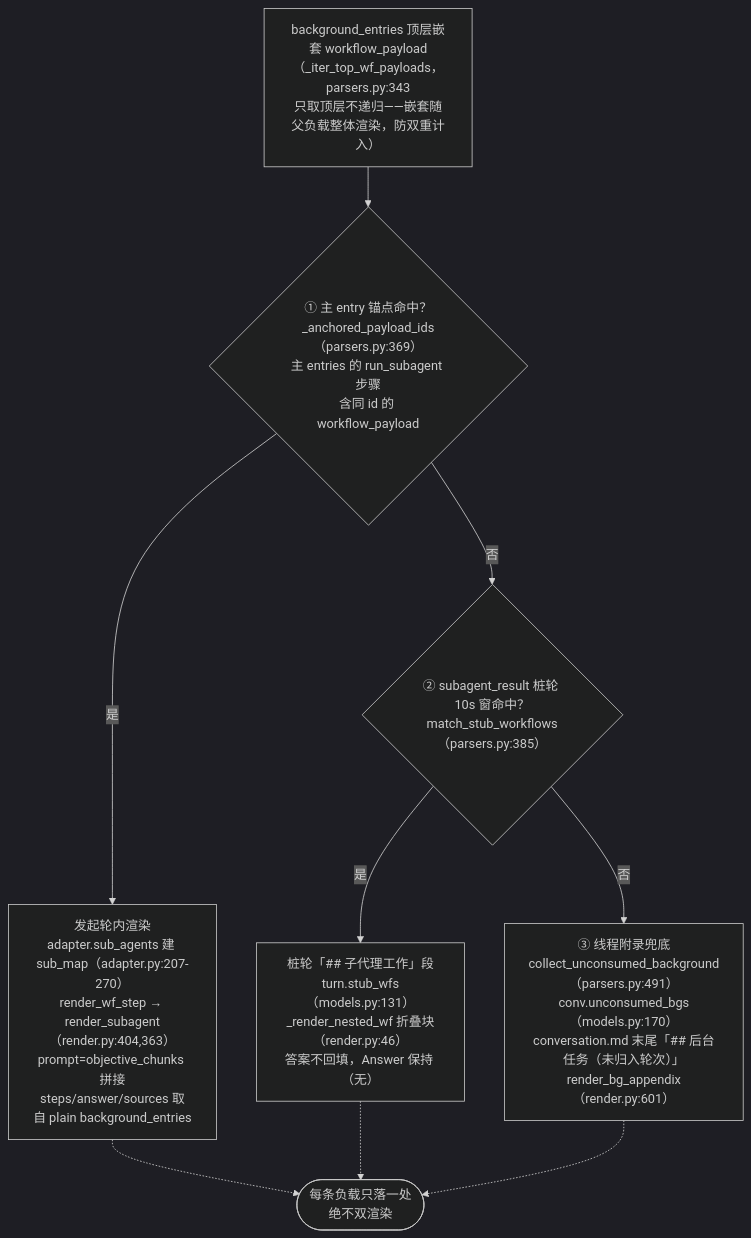
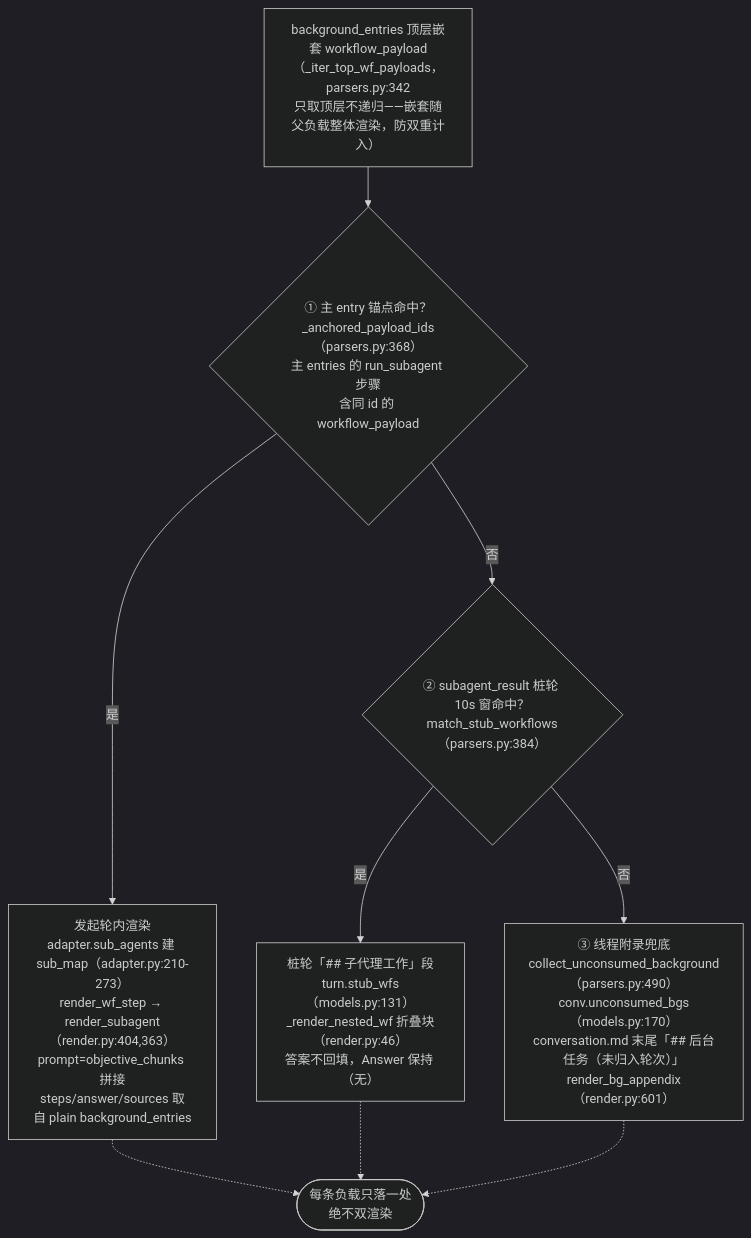
The first of 2 diagrams in docs/architecture/subagents-interruptions.zh-CN.md (Yiksing/pplx-tools), drawn with Mermaid (dark theme) before and after one commit. The commit also changed other lines of this file and 54 other files, not shown here.

````diff
--- a/docs/architecture/subagents-interruptions.zh-CN.md
+++ b/docs/architecture/subagents-interruptions.zh-CN.md
@@ -10,14 +10,14 @@
 ```mermaid
 flowchart TD
-    BG["background_entries 顶层嵌套 workflow_payload<br/>（_iter_top_wf_payloads，parsers.py:343<br/>只取顶层不递归——嵌套随父负载整体渲染，防双重计入）"]
+    BG["background_entries 顶层嵌套 workflow_payload<br/>（_iter_top_wf_payloads，parsers.py:342<br/>只取顶层不递归——嵌套随父负载整体渲染，防双重计入）"]
 
-    BG --> L1{"① 主 entry 锚点命中？<br/>_anchored_payload_ids（parsers.py:369）<br/>主 entries 的 run_subagent 步骤<br/>含同 id 的 workflow_payload"}
-    L1 -->|"是"| R1["发起轮内渲染<br/>adapter.sub_agents 建 sub_map（adapter.py:207-270）<br/>render_wf_step → render_subagent（render.py:404,363）<br/>prompt=objective_chunks 拼接<br/>steps/answer/sources 取自 plain background_entries"]
-    L1 -->|"否"| L2{"② subagent_result 桩轮 10s 窗命中？<br/>match_stub_workflows（parsers.py:385）"}
+    BG --> L1{"① 主 entry 锚点命中？<br/>_anchored_payload_ids（parsers.py:368）<br/>主 entries 的 run_subagent 步骤<br/>含同 id 的 workflow_payload"}
+    L1 -->|"是"| R1["发起轮内渲染<br/>adapter.sub_agents 建 sub_map（adapter.py:210-273）<br/>render_wf_step → render_subagent（render.py:404,363）<br/>prompt=objective_chunks 拼接<br/>steps/answer/sources 取自 plain background_entries"]
+    L1 -->|"否"| L2{"② subagent_result 桩轮 10s 窗命中？<br/>match_stub_workflows（parsers.py:384）"}
     L2 -->|"是"| R2["桩轮「## 子代理工作」段<br/>turn.stub_wfs（models.py:131）<br/>_render_nested_wf 折叠块（render.py:46）<br/>答案不回填，Answer 保持 （无）"]
-    L2 -->|"否"| R3["③ 线程附录兜底<br/>collect_unconsumed_background（parsers.py:491）<br/>conv.unconsumed_bgs（models.py:170）<br/>conversation.md 末尾「## 后台任务（未归入轮次）」<br/>render_bg_appendix（render.py:601）"]
+    L2 -->|"否"| R3["③ 线程附录兜底<br/>collect_unconsumed_background（parsers.py:490）<br/>conv.unconsumed_bgs（models.py:170）<br/>conversation.md 末尾「## 后台任务（未归入轮次）」<br/>render_bg_appendix（render.py:601）"]
 
     R1 -.-> ONE(["每条负载只落一处<br/>绝不双渲染"])
     R2 -.-> ONE
     R3 -.-> ONE
 ```
````
